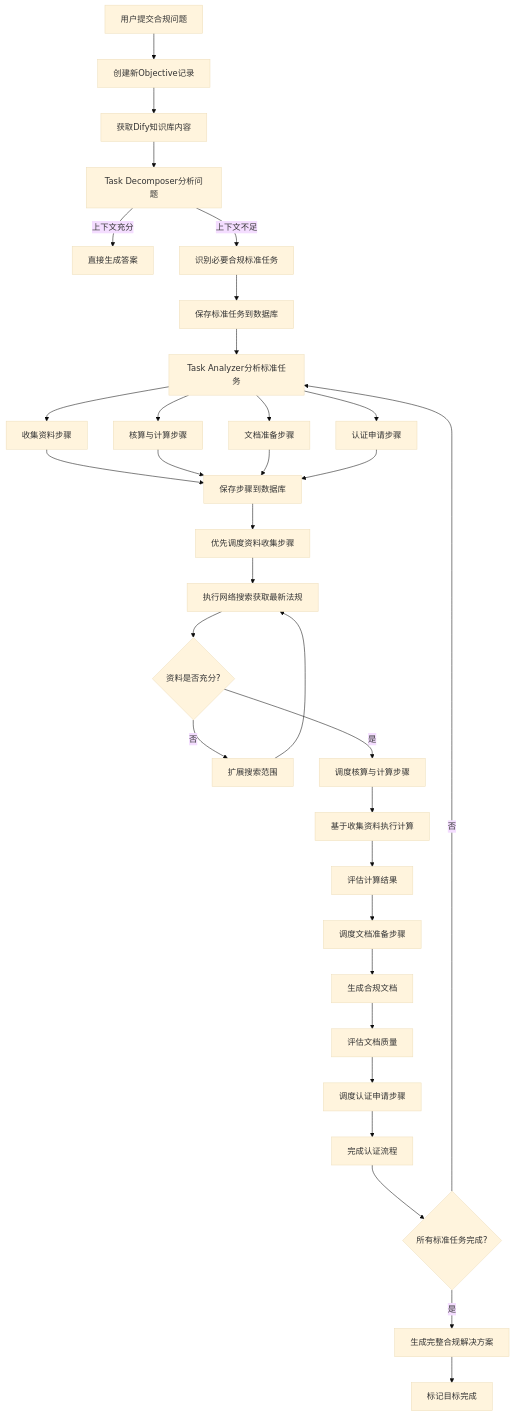
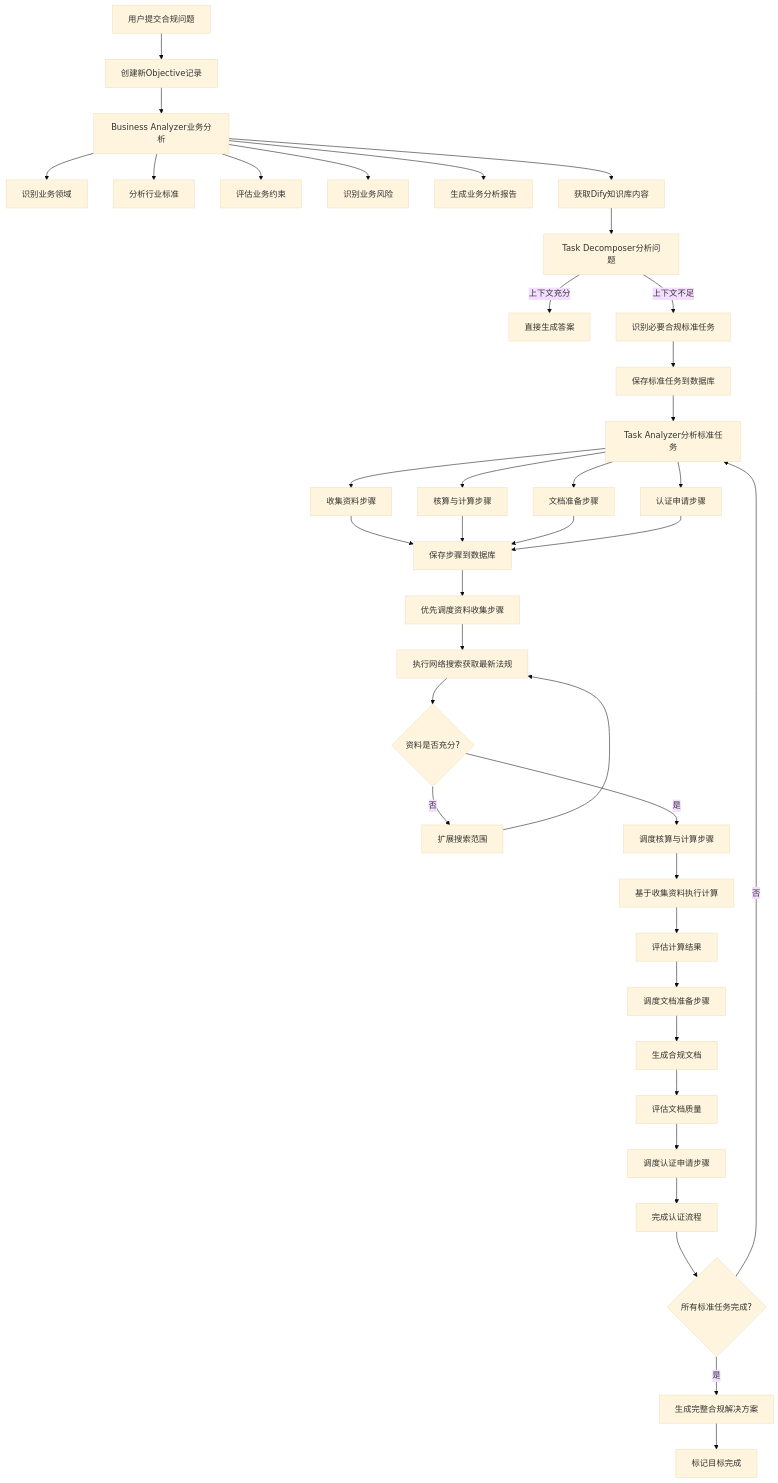
The diagram in .node/DeerFlow任务调度与目标管理系统设计文档.md (zpandasoft/deer-flow), drawn with Mermaid (base theme) before and after one commit. The commit also changed other lines of this file and 1 other file, not shown here.

````diff
--- a/.node/DeerFlow任务调度与目标管理系统设计文档.md
+++ b/.node/DeerFlow任务调度与目标管理系统设计文档.md
@@ -523,45 +808,52 @@
 ```mermaid
 flowchart TD
     A[用户提交合规问题] --> B[创建新Objective记录]
-    B --> C[获取Dify知识库内容]
+    B --> BA[Business Analyzer业务分析]
+    BA --> BA1[识别业务领域]
+    BA --> BA2[分析行业标准]
+    BA --> BA3[评估业务约束]
+    BA --> BA4[识别业务风险]
+    BA --> BA5[生成业务分析报告]
+    
+    BA --> C[获取Dify知识库内容]
     C --> D[Task Decomposer分析问题]
     
     D -->|上下文充分| E[直接生成答案]
     D -->|上下文不足| F[识别必要合规标准任务]
     
     F --> G[保存标准任务到数据库]
     G --> H[Task Analyzer分析标准任务]
     
     H --> I1[收集资料步骤]
     H --> I2[核算与计算步骤]
     H --> I3[文档准备步骤]
     H --> I4[认证申请步骤]
     
     I1 --> J[保存步骤到数据库]
     I2 --> J
     I3 --> J
     I4 --> J
     
     J --> K[优先调度资料收集步骤]
     K --> L[执行网络搜索获取最新法规]
     L --> M{资料是否充分?}
     
     M -->|否| N[扩展搜索范围]
     N --> L
     
     M -->|是| O[调度核算与计算步骤]
     O --> P[基于收集资料执行计算]
     P --> Q[评估计算结果]
     
     Q --> R[调度文档准备步骤]
     R --> S[生成合规文档]
     S --> T[评估文档质量]
     
     T --> U[调度认证申请步骤]
     U --> V[完成认证流程]
     
     V --> W{所有标准任务完成?}
     W -->|否| H
     W -->|是| X[生成完整合规解决方案]
     X --> Y[标记目标完成]
 ```
````
